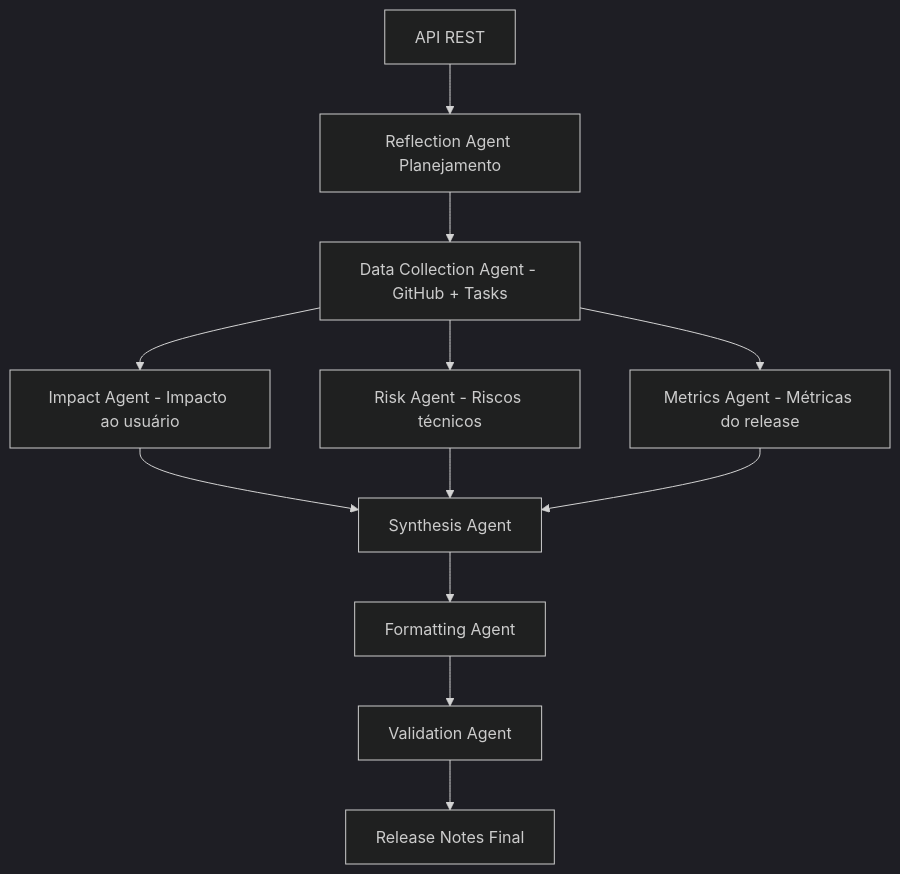
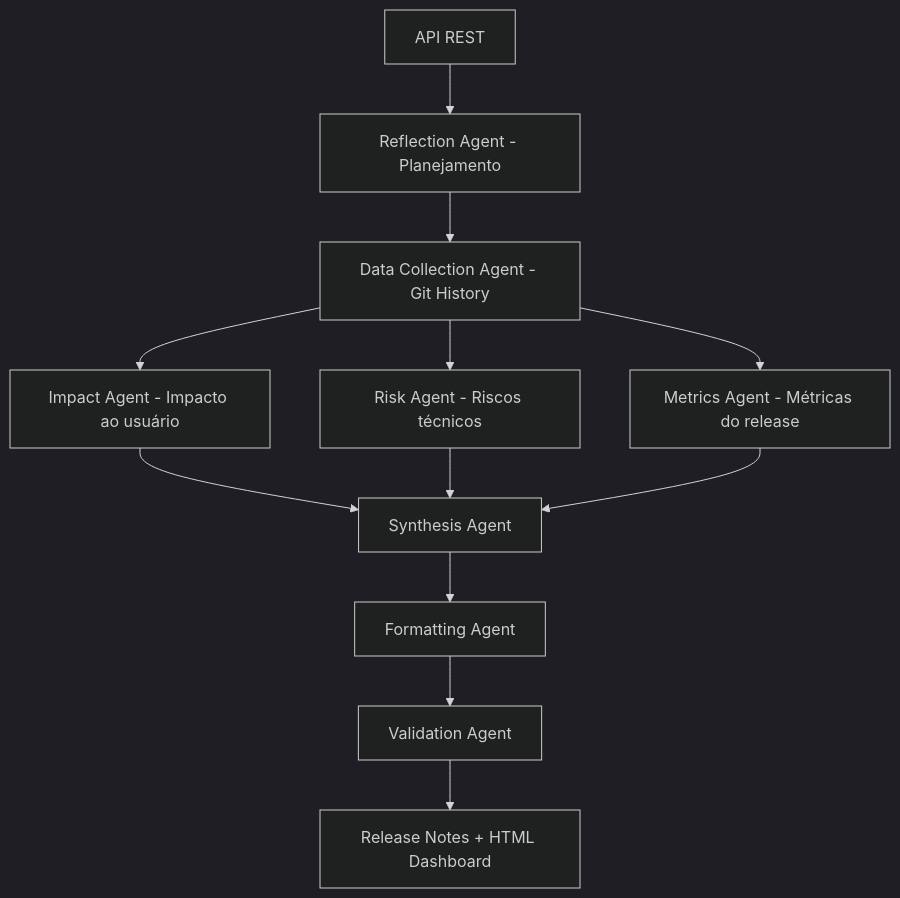
The diagram in README.md (lucascriistiano/ai-tech-lead-release-notes), drawn with Mermaid (dark theme) before and after one commit. The commit also changed other lines of this file, not shown here.

Commit message:
docs: update architecture to real git-based release notes workflow

````diff
--- a/README.md
+++ b/README.md
@@ -13,19 +19,19 @@
 ```mermaid
 flowchart TD
-    A[API REST] --> B[Reflection Agent Planejamento]
-    B --> C[Data Collection Agent - GitHub + Tasks]
+    A[API REST] --> B[Reflection Agent - Planejamento]
+    B --> C[Data Collection Agent - Git History]
 
-    %% Parallel execution
+    %% Paralelo
     C --> D1[Impact Agent - Impacto ao usuário]
     C --> D2[Risk Agent - Riscos técnicos]
     C --> D3[Metrics Agent - Métricas do release]
 
     %% Merge
     D1 --> E[Synthesis Agent]
     D2 --> E
     D3 --> E
 
     E --> F[Formatting Agent]
     F --> G[Validation Agent]
-    G --> H[Release Notes Final]
+    G --> H[Release Notes + HTML Dashboard]
 ```
````
